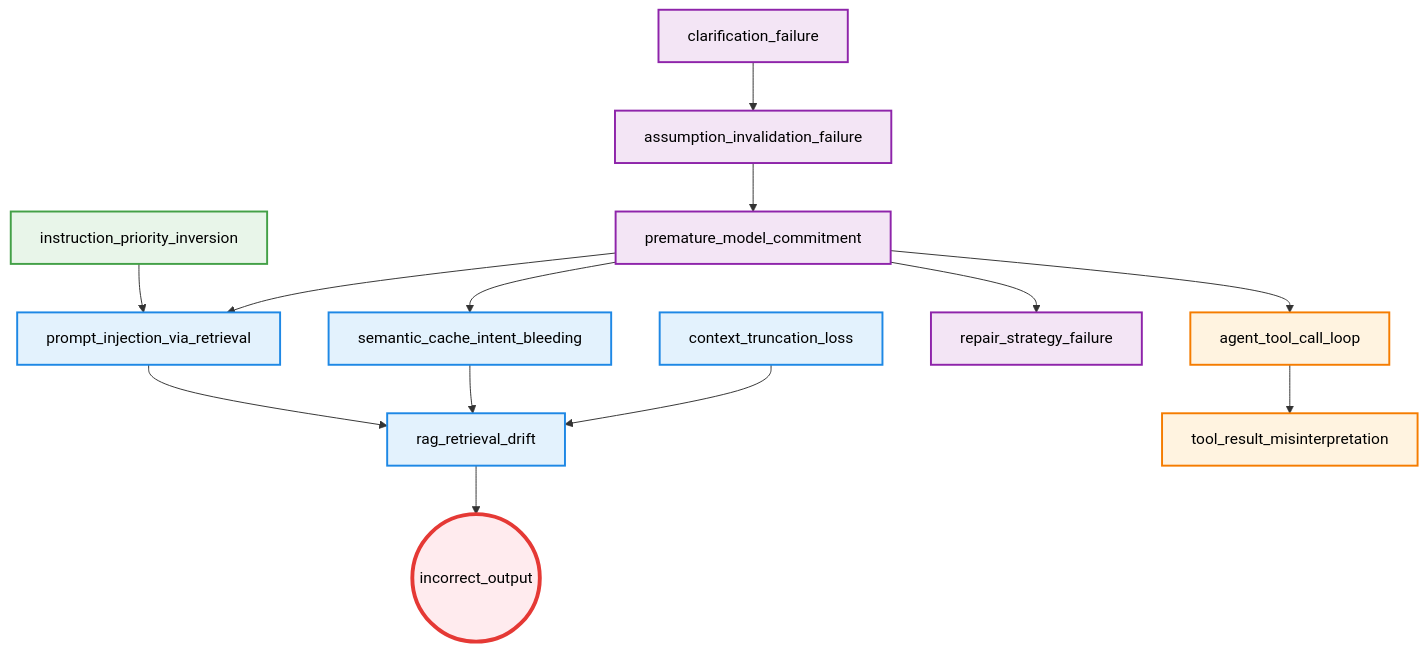
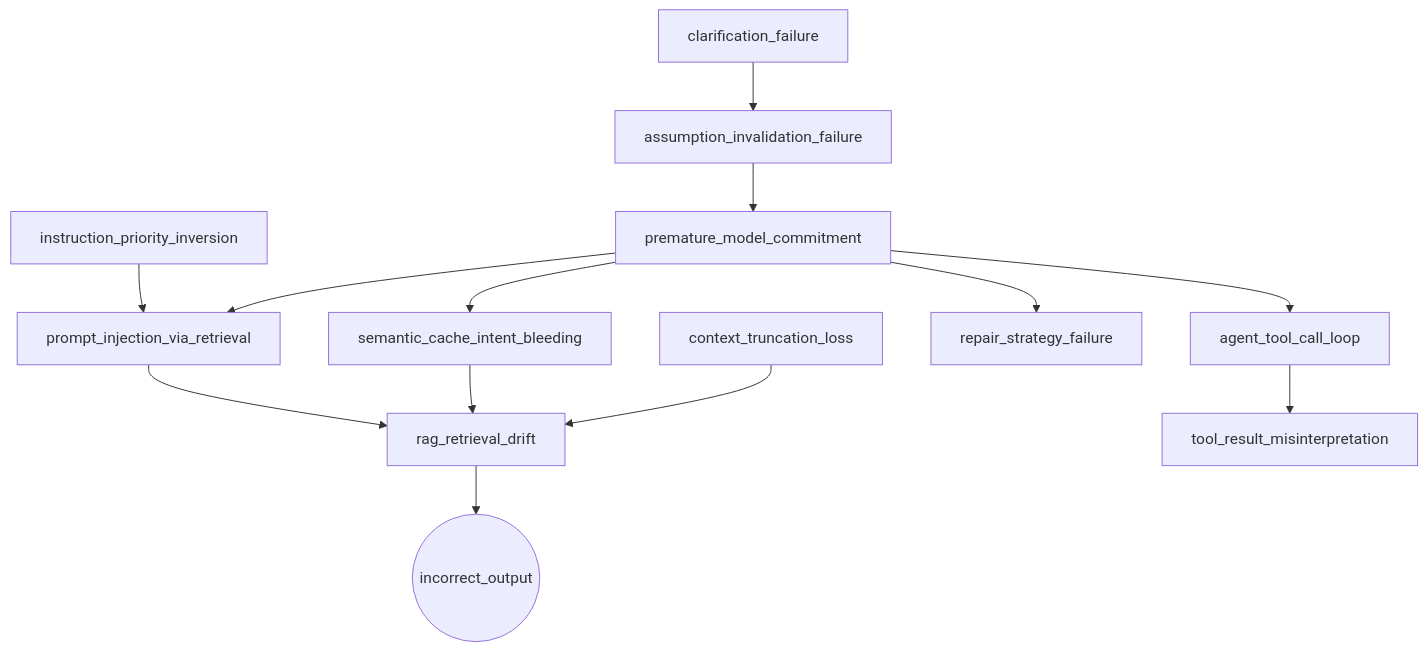
One commit to kiyoshisasano/llm-failure-atlas changed the diagram in README.md. Above: the diagram before and after it, drawn with Mermaid. The commit also changed other lines of this file and 1 other file, not shown here.

````diff
--- a/README.md
+++ b/README.md
@@ -295,35 +139,15 @@
 ```mermaid
 graph TD
-    %% Reasoning Layer
     CF[clarification_failure] --> AIF[assumption_invalidation_failure]
     AIF --> PMC[premature_model_commitment]
-
-    %% Downstream from PMC
     PMC --> SCIB[semantic_cache_intent_bleeding]
     PMC --> PIVR[prompt_injection_via_retrieval]
     PMC --> ATCL[agent_tool_call_loop]
     PMC --> RSF[repair_strategy_failure]
-
-    %% Other Root/Upstream Causes
     IPI[instruction_priority_inversion] --> PIVR
     CTL[context_truncation_loss] --> RRD[rag_retrieval_drift]
-
-    %% Intermediate to Output
     SCIB --> RRD
     PIVR --> RRD
     RRD --> IO((incorrect_output))
     ATCL --> TRM[tool_result_misinterpretation]
-
-    %% Styling based on Layers
-    classDef reasoning fill:#f3e5f5,stroke:#8e24aa,stroke-width:2px,color:#000;
-    classDef retrieval fill:#e3f2fd,stroke:#1e88e5,stroke-width:2px,color:#000;
-    classDef tool fill:#fff3e0,stroke:#f57c00,stroke-width:2px,color:#000;
-    classDef output fill:#ffebee,stroke:#e53935,stroke-width:4px,color:#000;
-    classDef instruction fill:#e8f5e9,stroke:#43a047,stroke-width:2px,color:#000;
-
-    class CF,AIF,PMC,RSF reasoning;
-    class SCIB,PIVR,CTL,RRD retrieval;
-    class ATCL,TRM tool;
-    class IO output;
-    class IPI instruction;
 ```
````
